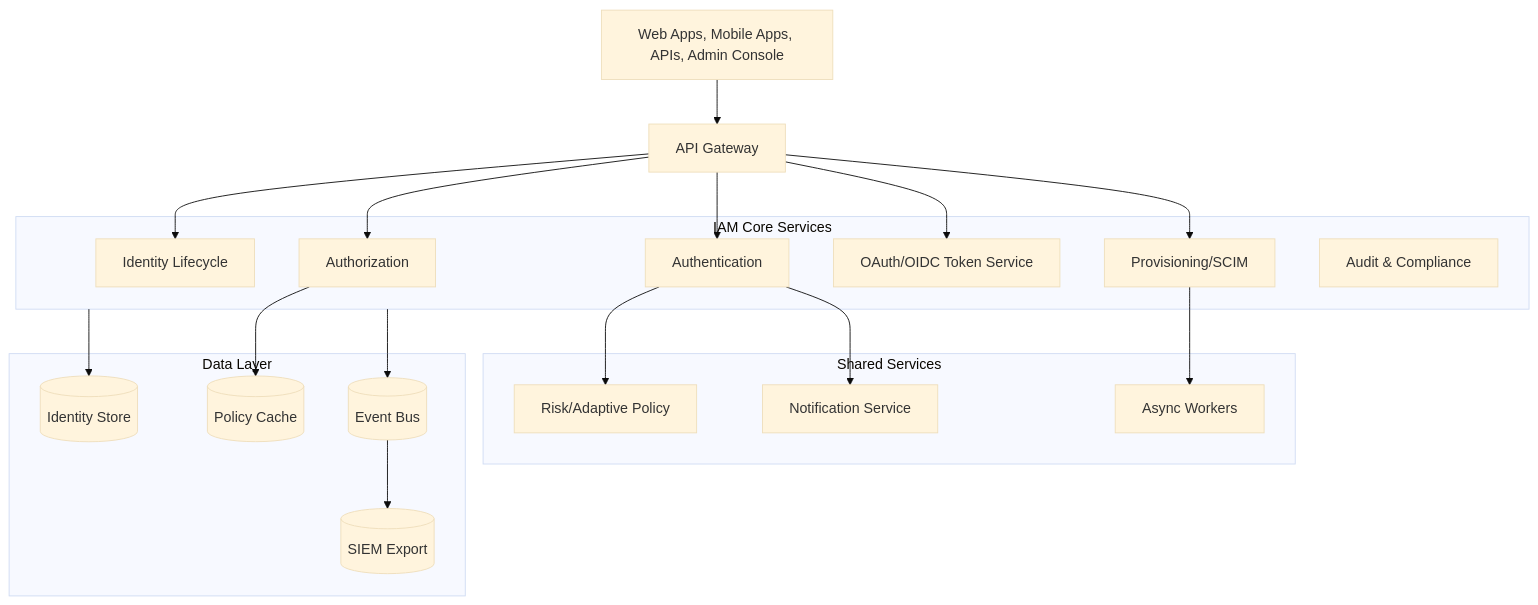
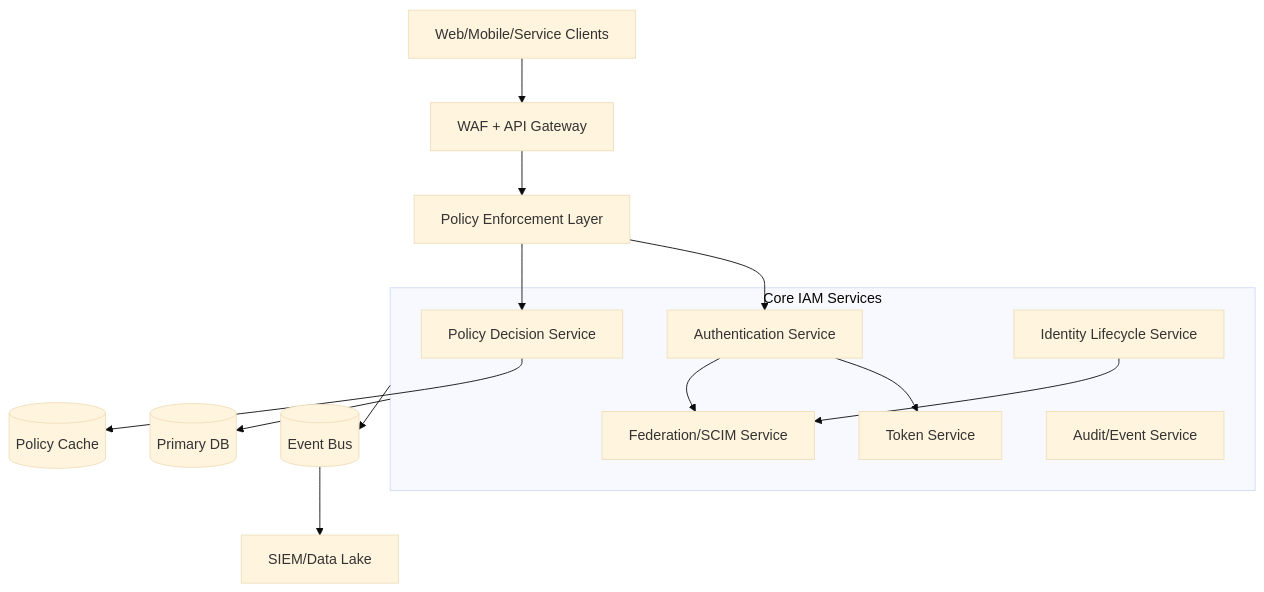
One commit to 0Ankit0/Project-Ideas changed the diagram in Identity and Access Management Platform/high-level-design/architecture-diagram.md. Above: the diagram before and after it, drawn with Mermaid (base theme). The commit also changed other lines of this file and 37 other files, not shown here.

````diff
--- a/Identity and Access Management Platform/high-level-design/architecture-diagram.md
+++ b/Identity and Access Management Platform/high-level-design/architecture-diagram.md
@@ -3,41 +3,24 @@
 ```mermaid
 flowchart TB
-    Channels[Web Apps, Mobile Apps, APIs, Admin Console] --> Edge[API Gateway]
+    Client[Web/Mobile/Service Clients] --> WAF[WAF + API Gateway]
+    WAF --> PEP[Policy Enforcement Layer]
 
-    subgraph IAMCore[IAM Core Services]
-      Identity[Identity Lifecycle]
-      Authentication[Authentication]
-      Authorization[Authorization]
-      Token[OAuth/OIDC Token Service]
-      Provisioning[Provisioning/SCIM]
-      Audit[Audit & Compliance]
+    subgraph IAM[Core IAM Services]
+      AUTH[Authentication Service]
+      TOK[Token Service]
+      PDP[Policy Decision Service]
+      LIFE[Identity Lifecycle Service]
+      FED[Federation/SCIM Service]
+      AUD[Audit/Event Service]
     end
 
-    Edge --> Identity
-    Edge --> Authentication
-    Edge --> Authorization
-    Edge --> Token
-    Edge --> Provisioning
-
-    subgraph Shared[Shared Services]
-      Risk[Risk/Adaptive Policy]
-      Notify[Notification Service]
-      Jobs[Async Workers]
-    end
-
-    Authentication --> Risk
-    Authentication --> Notify
-    Provisioning --> Jobs
-
-    subgraph Data[Data Layer]
-      DB[(Identity Store)]
-      Cache[(Policy Cache)]
-      MQ[(Event Bus)]
-      SIEM[(SIEM Export)]
-    end
-
-    IAMCore --> DB
-    Authorization --> Cache
-    IAMCore --> MQ
-    MQ --> SIEM
+    PEP --> AUTH
+    PEP --> PDP
+    AUTH --> TOK
+    AUTH --> FED
+    LIFE --> FED
+    IAM --> BUS[(Event Bus)]
+    IAM --> DB[(Primary DB)]
+    PDP --> CACHE[(Policy Cache)]
+    BUS --> SIEM[SIEM/Data Lake]
 ```
````
